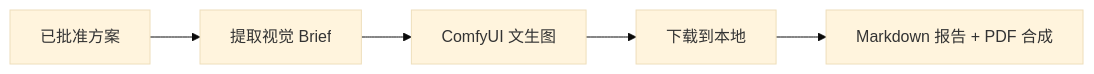
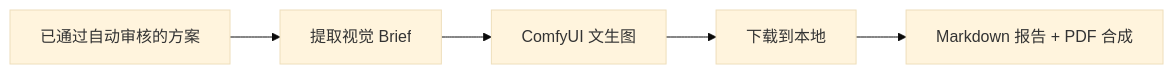
Before and after one commit to IsGodmini/muti-agents-projects: the diagram in docs/06-模型接入与提示词策略.md, drawn with Mermaid (base theme). The commit also changed other lines of this file and 48 other files, not shown here.

````diff
--- a/docs/06-模型接入与提示词策略.md
+++ b/docs/06-模型接入与提示词策略.md
@@ -96,7 +97,7 @@
 ```mermaid
 flowchart LR
-    P["已批准方案"] --> B["提取视觉 Brief"]
+    P["已通过自动审核的方案"] --> B["提取视觉 Brief"]
     B --> G["ComfyUI 文生图"]
     G --> A["下载到本地"]
     A --> R["Markdown 报告 + PDF 合成"]
 ```
````
